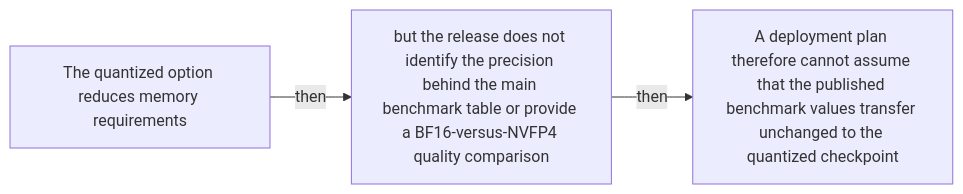
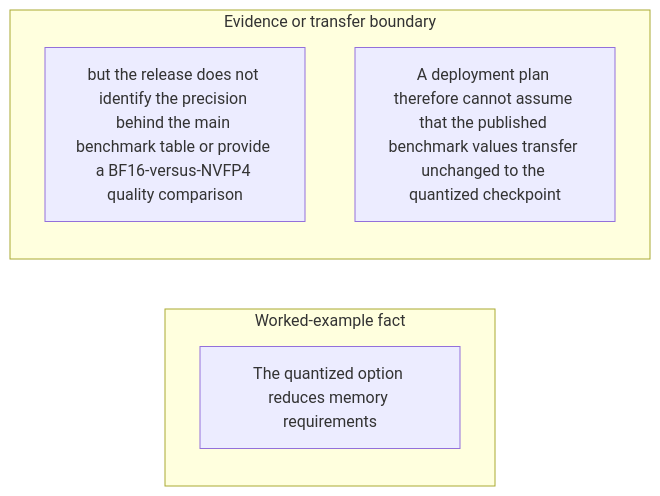
One commit to Betancourt1/paper_atlas changed diagram 25 of 57 in docs/visual-manifests/VISUAL_MANIFEST_INKLING.md. Above: the diagram before and after it, drawn with Mermaid. The commit also changed other lines of this file and 7 other files, not shown here.

````diff
--- a/docs/visual-manifests/VISUAL_MANIFEST_INKLING.md
+++ b/docs/visual-manifests/VISUAL_MANIFEST_INKLING.md
@@ -1993,8 +2001,10 @@
 ```mermaid
 flowchart LR
-  n1["The quantized option reduces memory requirements"]
-  n2["but the release does not identify the precision behind the main benchmark table or provide a BF16-versus-NVFP4 quality comparison"]
-  n3["A deployment plan therefore cannot assume that the published benchmark values transfer unchanged to the quantized checkpoint"]
-  n1 -->|"then"| n2
-  n2 -->|"then"| n3
+  subgraph g1["Worked-example fact"]
+    g1i1["The quantized option reduces memory requirements"]
+  end
+  subgraph g2["Evidence or transfer boundary"]
+    g2i1["but the release does not identify the precision behind the main benchmark table or provide a BF16-versus-NVFP4 quality comparison"]
+    g2i2["A deployment plan therefore cannot assume that the published benchmark values transfer unchanged to the quantized checkpoint"]
+  end
 ```
````
